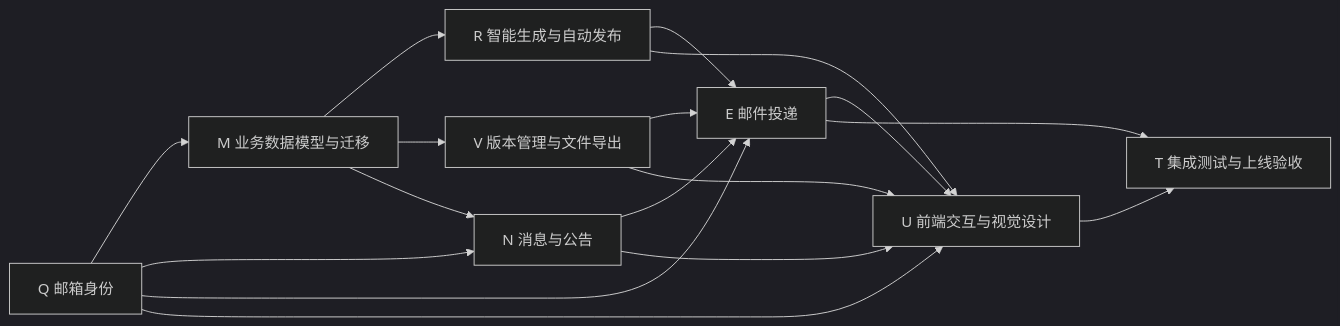
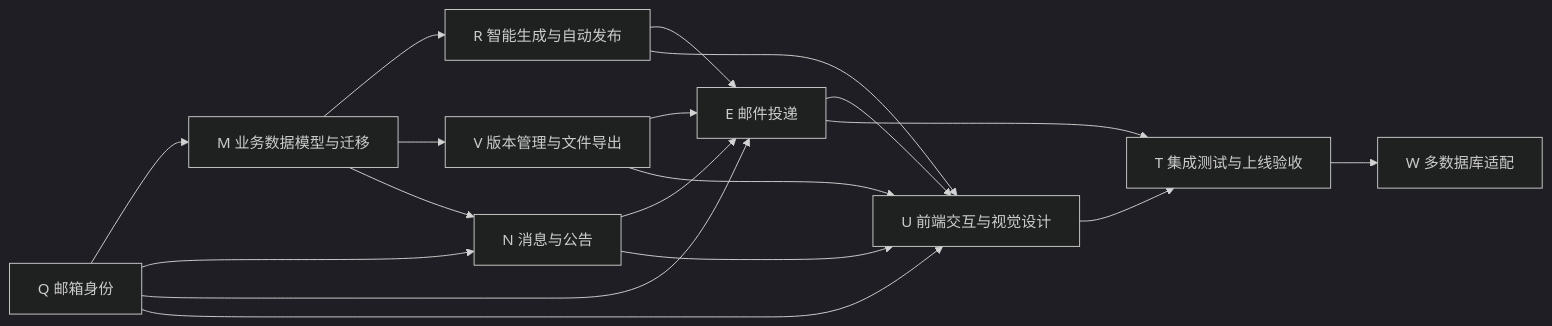
The diagram in docs/tasks/TASK_INDEX.md (sky-k111/forge-sight), drawn with Mermaid (dark theme) before and after one commit. The commit also changed other lines of this file and 43 other files, not shown here.

````diff
--- a/docs/tasks/TASK_INDEX.md
+++ b/docs/tasks/TASK_INDEX.md
@@ -22,19 +23,20 @@
 ```mermaid
 flowchart LR
     Q[Q 邮箱身份] --> M[M 业务数据模型与迁移]
     M --> R[R 智能生成与自动发布]
     M --> V[V 版本管理与文件导出]
     M --> N[N 消息与公告]
     Q --> N
     Q --> E[E 邮件投递]
     R --> E
     V --> E
     N --> E
     Q --> U[U 前端交互与视觉设计]
     R --> U
     V --> U
     N --> U
     E --> U
     U --> T[T 集成测试与上线验收]
     E --> T
+    T --> W[W 多数据库适配]
 ```
````
